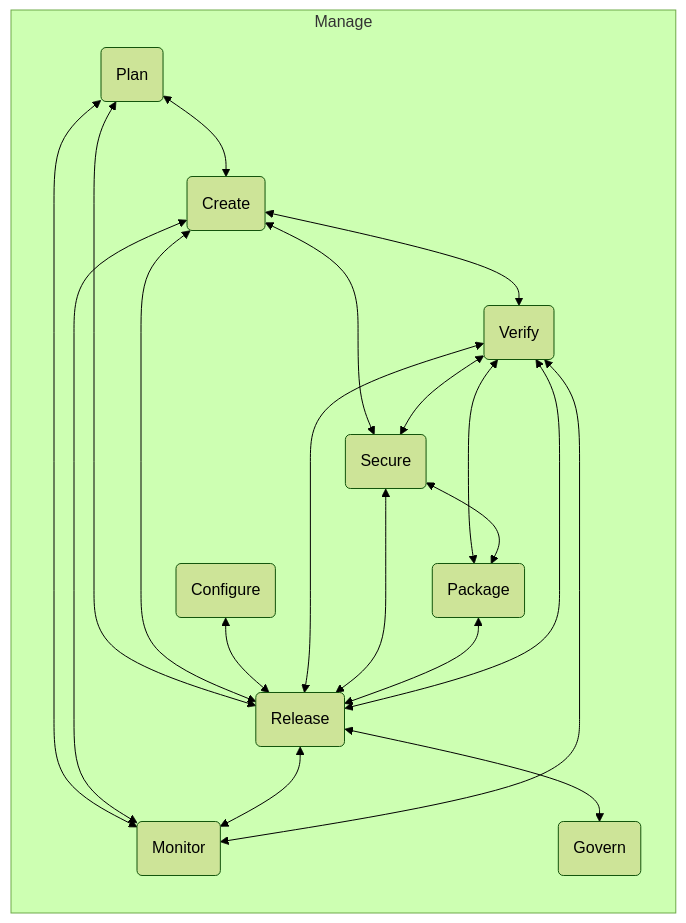
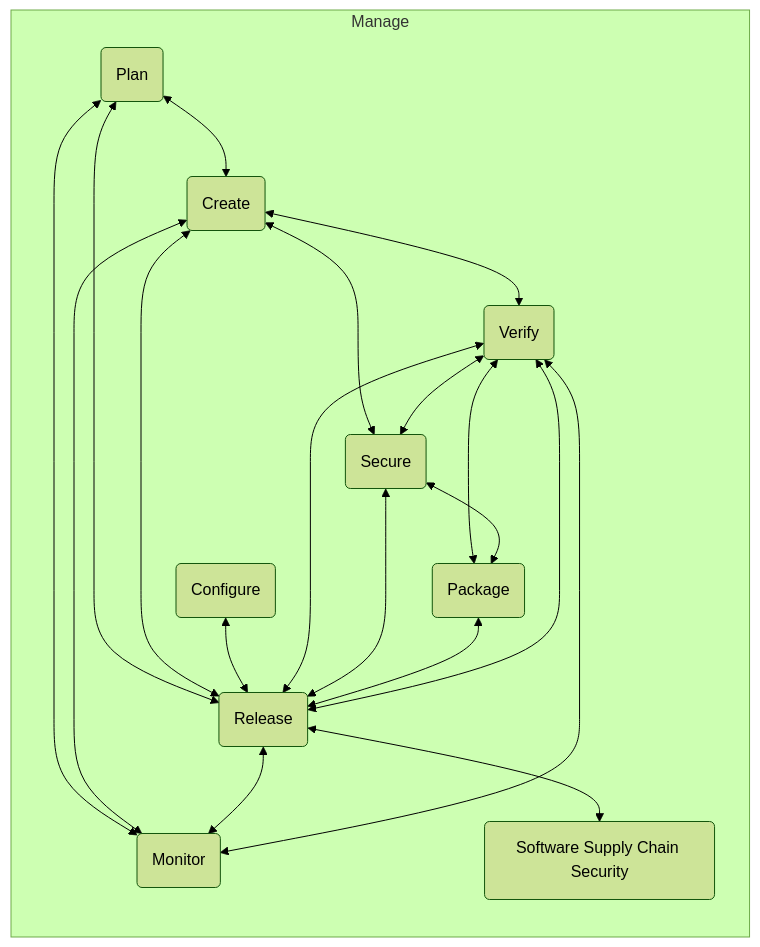
One commit to zalyoung/gitlab-handbook changed the diagram in content/handbook/product/categories/gitlab-the-product/single-application/_index.md. Above: the diagram before and after it, drawn with Mermaid (forest theme). The commit also changed 42 other files, not shown here.

Commit message:
Move Govern stage pages to be Software Supply Chain Security pages

````diff
--- a/content/handbook/product/categories/gitlab-the-product/single-application/_index.md
+++ b/content/handbook/product/categories/gitlab-the-product/single-application/_index.md
@@ -178,43 +178,43 @@
 ``` mermaid
 flowchart LR
   A(Plan)
   B(Create)
   C(Release)
-  D(Govern)
+  D(Software Supply Chain Security)
   E(Configure)
   F(Monitor)
   G(Verify)
   H(Secure)
   I(Package)
 
   A <--> B
   A <--> C
   A <--> F
   B <--> G
   B <--> C
   B <--> H
   B <--> F
   C <--> G
   C <--> F
   C <--> D
   E <--> C
   G <--> H
   G <--> I
   G <--> C
   G <--> F
   H <--> C
   H <--> I
   I <--> C
 
   subgraph Manage
     A
     B
     C
     D
     E
     F
     G
     H
     I
   end
 ```
````
